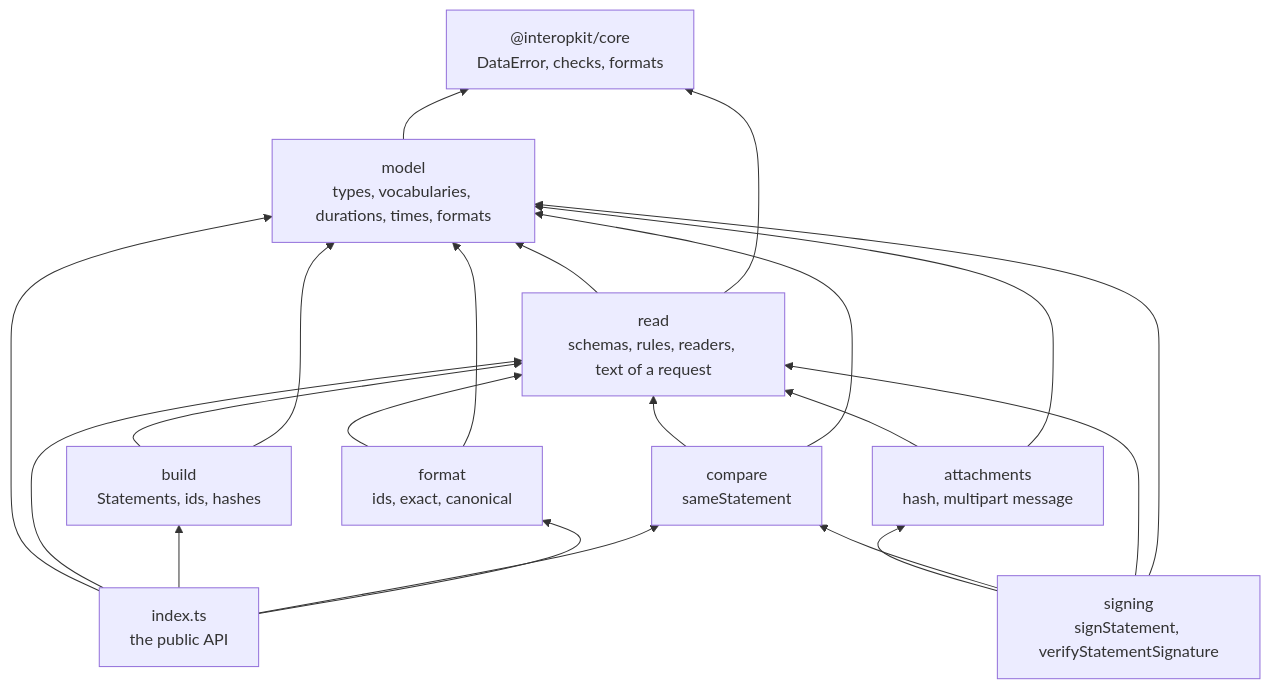
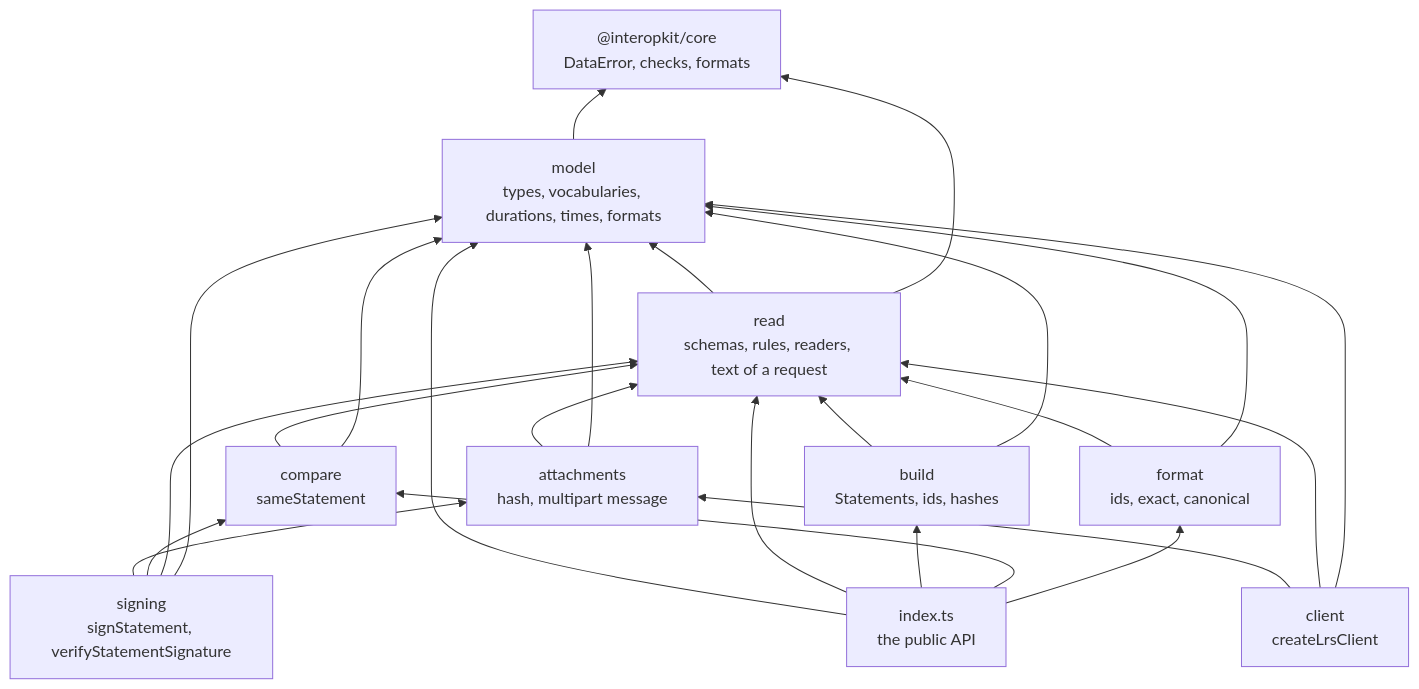
One commit to interopkit/interopkit changed the first of 2 diagrams in docs/learning-records/architecture.md. Above: the diagram before and after it, drawn with Mermaid. The commit also changed other lines of this file and 46 other files, not shown here.

First line of the commit message:
Add the client of an LRS to learning-records

````diff
--- a/docs/learning-records/architecture.md
+++ b/docs/learning-records/architecture.md
@@ -10,32 +10,36 @@
 ```mermaid
 flowchart BT
   core["@interopkit/core<br/>DataError, checks, formats"]
   model["model<br/>types, vocabularies, durations, times, formats"]
   read["read<br/>schemas, rules, readers, text of a request"]
   build["build<br/>Statements, ids, hashes"]
   compare["compare<br/>sameStatement"]
   format["format<br/>ids, exact, canonical"]
   attachments["attachments<br/>hash, multipart message"]
   signing["signing<br/>signStatement, verifyStatementSignature"]
+  client["client<br/>createLrsClient"]
   root["index.ts<br/>the public API"]
   read --> model
   read --> core
   model --> core
   build --> read
   compare --> read
   format --> read
   build --> model
   compare --> model
   format --> model
   attachments --> read
   attachments --> model
   signing --> attachments
   signing --> compare
   signing --> read
   signing --> model
+  client --> attachments
+  client --> read
+  client --> model
   root --> model
   root --> read
   root --> build
   root --> compare
   root --> format
 ```
````
